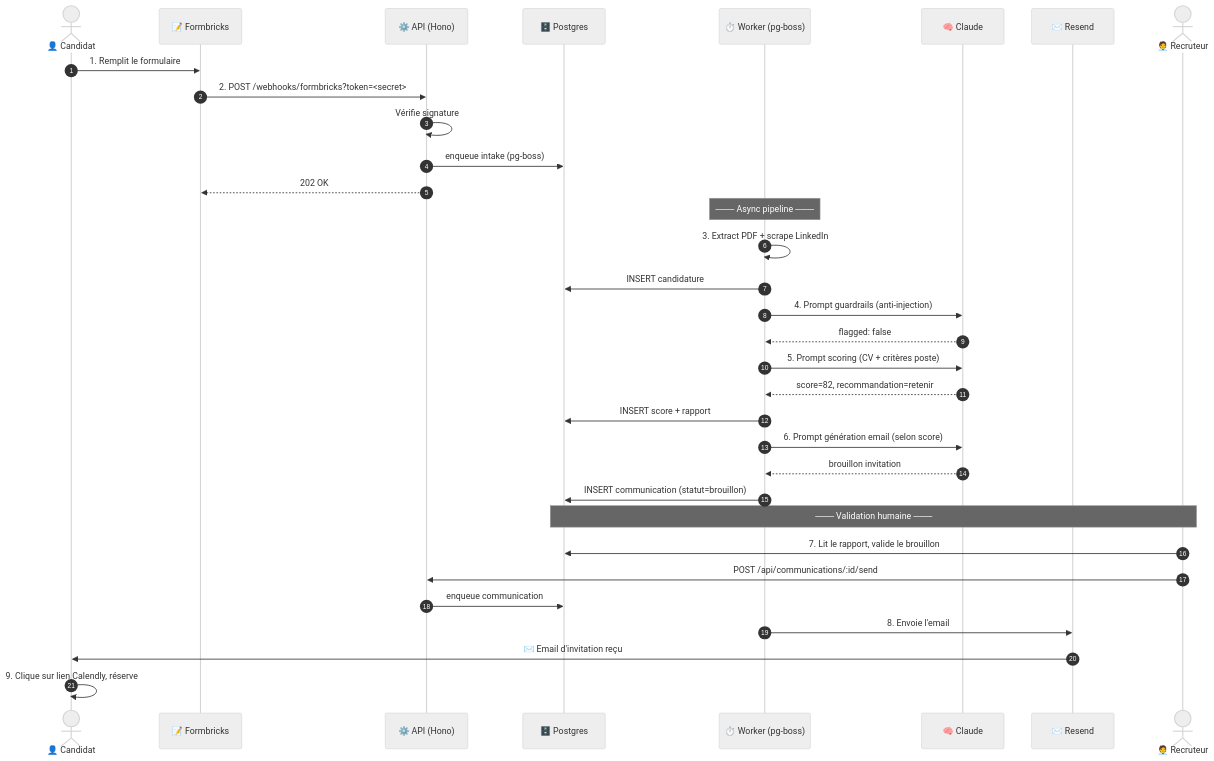
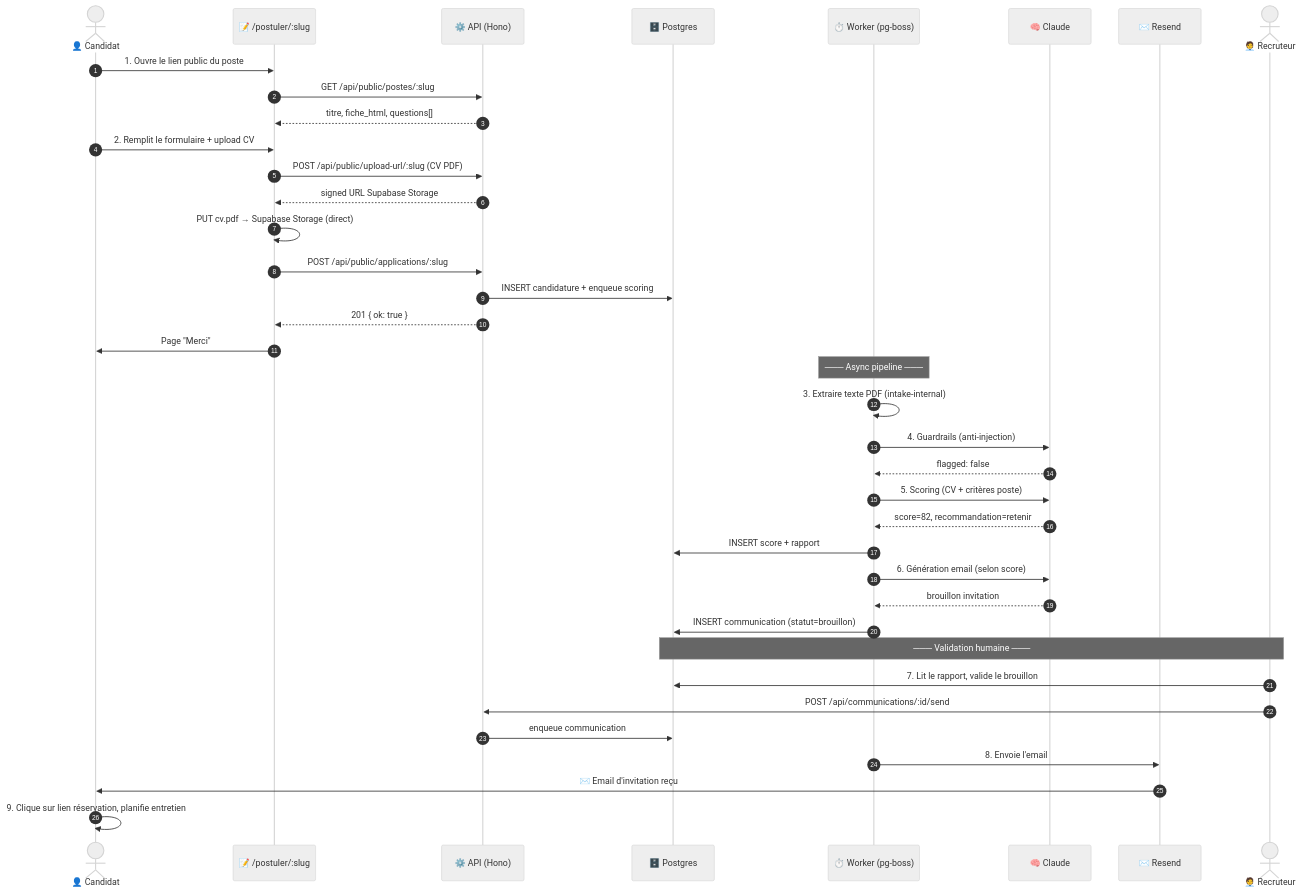
The diagram in docs/01-comprendre/pipeline-candidat.md (EnzoDnt/rh-system), drawn with Mermaid (neutral theme) before and after one commit. The commit also changed other lines of this file and 3 other files, not shown here.

First line of the commit message:
docs: Task 5 — update docs for native form, remove Formbricks references

````diff
--- a/docs/01-comprendre/pipeline-candidat.md
+++ b/docs/01-comprendre/pipeline-candidat.md
@@ -7,36 +7,41 @@
 ```mermaid
 sequenceDiagram
     autonumber
     actor Cand as 👤 Candidat
-    participant FB as 📝 Formbricks
+    participant Form as 📝 /postuler/:slug
     participant API as ⚙️ API (Hono)
     participant DB as 🗄️ Postgres
     participant W as ⏱️ Worker (pg-boss)
     participant Cl as 🧠 Claude
     participant R as ✉️ Resend
     actor RH as 🧑‍💼 Recruteur
 
-    Cand->>FB: 1. Remplit le formulaire
-    FB->>API: 2. POST /webhooks/formbricks?token=<secret>
-    API->>API: Vérifie signature
-    API->>DB: enqueue intake (pg-boss)
-    API-->>FB: 202 OK
+    Cand->>Form: 1. Ouvre le lien public du poste
+    Form->>API: GET /api/public/postes/:slug
+    API-->>Form: titre, fiche_html, questions[]
+    Cand->>Form: 2. Remplit le formulaire + upload CV
+    Form->>API: POST /api/public/upload-url/:slug (CV PDF)
+    API-->>Form: signed URL Supabase Storage
+    Form->>Form: PUT cv.pdf → Supabase Storage (direct)
+    Form->>API: POST /api/public/applications/:slug
+    API->>DB: INSERT candidature + enqueue scoring
+    API-->>Form: 201 { ok: true }
+    Form->>Cand: Page "Merci"
     Note over W: ─── Async pipeline ───
-    W->>W: 3. Extract PDF + scrape LinkedIn
-    W->>DB: INSERT candidature
-    W->>Cl: 4. Prompt guardrails (anti-injection)
+    W->>W: 3. Extraire texte PDF (intake-internal)
+    W->>Cl: 4. Guardrails (anti-injection)
     Cl-->>W: flagged: false
-    W->>Cl: 5. Prompt scoring (CV + critères poste)
+    W->>Cl: 5. Scoring (CV + critères poste)
     Cl-->>W: score=82, recommandation=retenir
     W->>DB: INSERT score + rapport
-    W->>Cl: 6. Prompt génération email (selon score)
+    W->>Cl: 6. Génération email (selon score)
     Cl-->>W: brouillon invitation
     W->>DB: INSERT communication (statut=brouillon)
     Note over RH,DB: ─── Validation humaine ───
     RH->>DB: 7. Lit le rapport, valide le brouillon
     RH->>API: POST /api/communications/:id/send
     API->>DB: enqueue communication
     W->>R: 8. Envoie l'email
     R->>Cand: ✉️ Email d'invitation reçu
-    Cand->>Cand: 9. Clique sur lien Calendly, réserve
+    Cand->>Cand: 9. Clique sur lien réservation, planifie entretien
 ```
````
